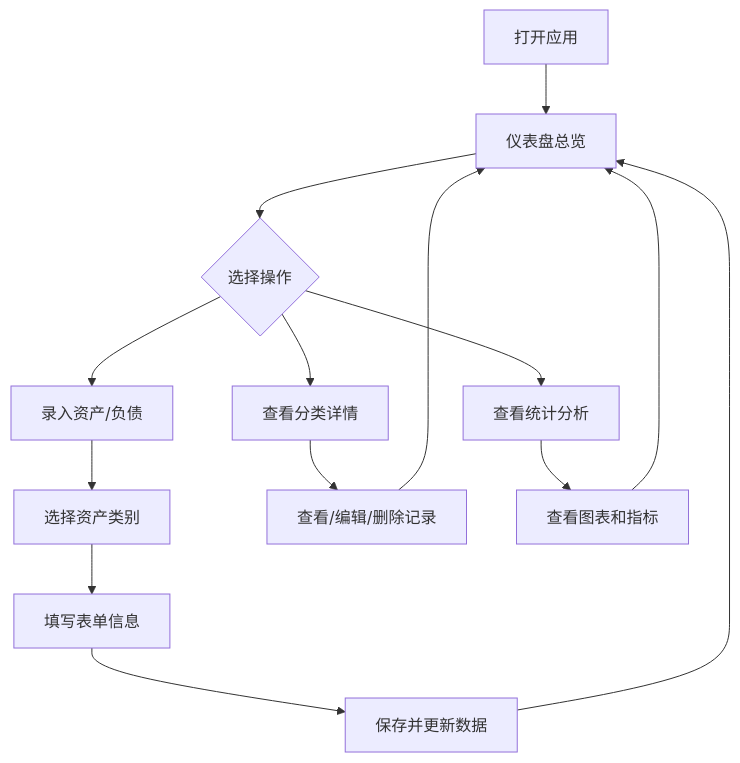
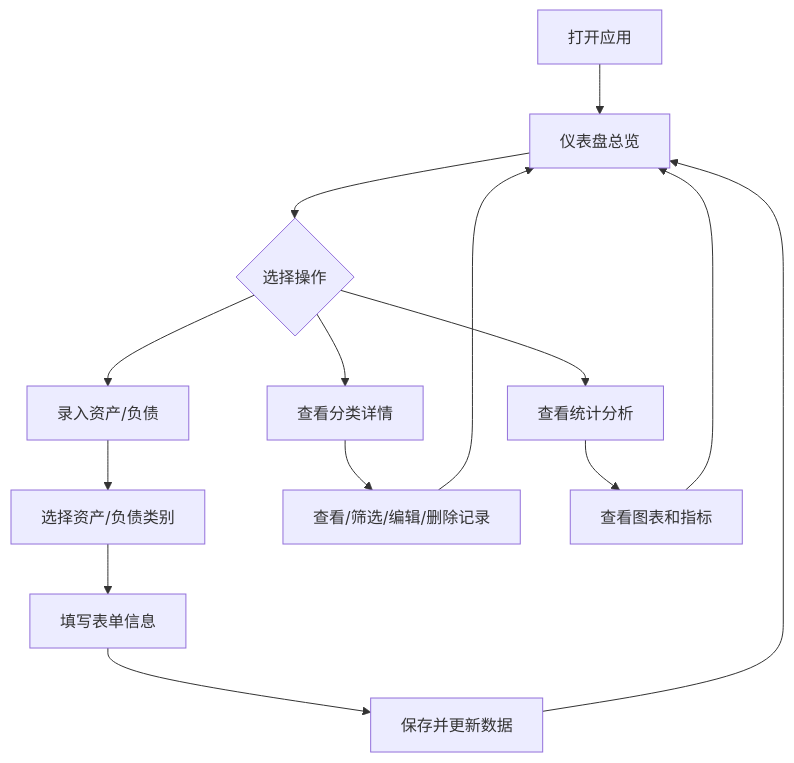
One commit to huangjf427/myCalculator changed the diagram in .trae/documents/prd.md. Above: the diagram before and after it, drawn with Mermaid. The commit also changed other lines of this file and 1 other file, not shown here.

````diff
--- a/.trae/documents/prd.md
+++ b/.trae/documents/prd.md
@@ -47,16 +171,16 @@
 ```mermaid
 flowchart TD
     A["打开应用"] --> B["仪表盘总览"]
     B --> C{"选择操作"}
     C --> D["录入资产/负债"]
     C --> E["查看分类详情"]
     C --> F["查看统计分析"]
-    D --> G["选择资产类别"]
+    D --> G["选择资产/负债类别"]
     G --> H["填写表单信息"]
     H --> I["保存并更新数据"]
     I --> B
-    E --> J["查看/编辑/删除记录"]
+    E --> J["查看/筛选/编辑/删除记录"]
     J --> B
     F --> K["查看图表和指标"]
     K --> B
 ```
````
